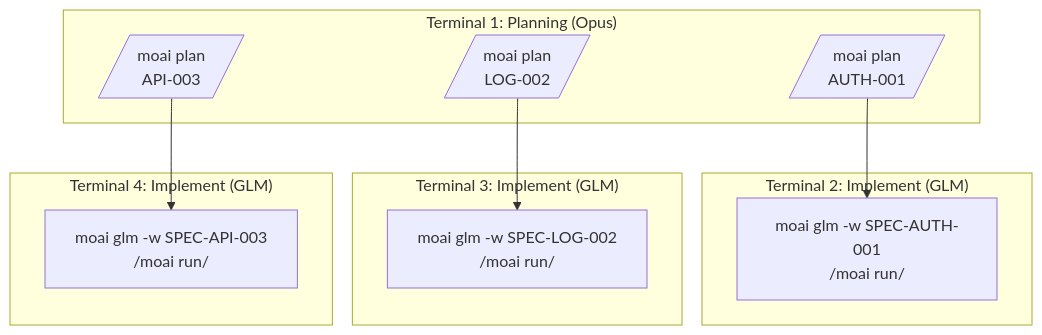
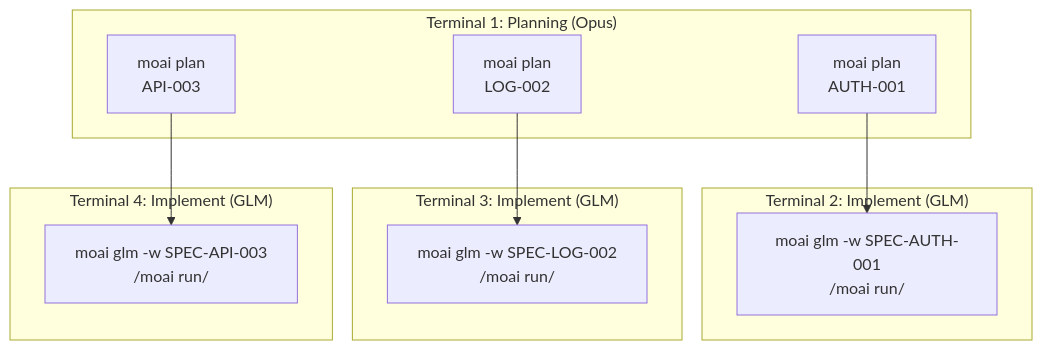
Before and after one commit to gabrielmoreira/agent-skills-mirror: the first of 4 diagrams in mirrors/repos/modu-ai@moai-adk/docs-site/content/en/worktree/examples.md, drawn with Mermaid. The commit also changed 5437 other files, not shown here.

````diff
--- a/mirrors/repos/modu-ai@moai-adk/docs-site/content/en/worktree/examples.md
+++ b/mirrors/repos/modu-ai@moai-adk/docs-site/content/en/worktree/examples.md
@@ -132,24 +132,24 @@
 ```mermaid
 graph TD
     subgraph T1["Terminal 1: Planning (Opus)"]
-        P1[/moai plan<br/>AUTH-001/]
-        P2[/moai plan<br/>LOG-002/]
-        P3[/moai plan<br/>API-003/]
+        P1["moai plan<br/>AUTH-001"]
+        P2["moai plan<br/>LOG-002"]
+        P3["moai plan<br/>API-003"]
     end
 
     subgraph T2["Terminal 2: Implement (GLM)"]
         I1["moai glm -w SPEC-AUTH-001<br/>/moai run/"]
     end
 
     subgraph T3["Terminal 3: Implement (GLM)"]
         I2["moai glm -w SPEC-LOG-002<br/>/moai run/"]
     end
 
     subgraph T4["Terminal 4: Implement (GLM)"]
         I3["moai glm -w SPEC-API-003<br/>/moai run/"]
     end
 
     P1 --> I1
     P2 --> I2
     P3 --> I3
 ```
````
